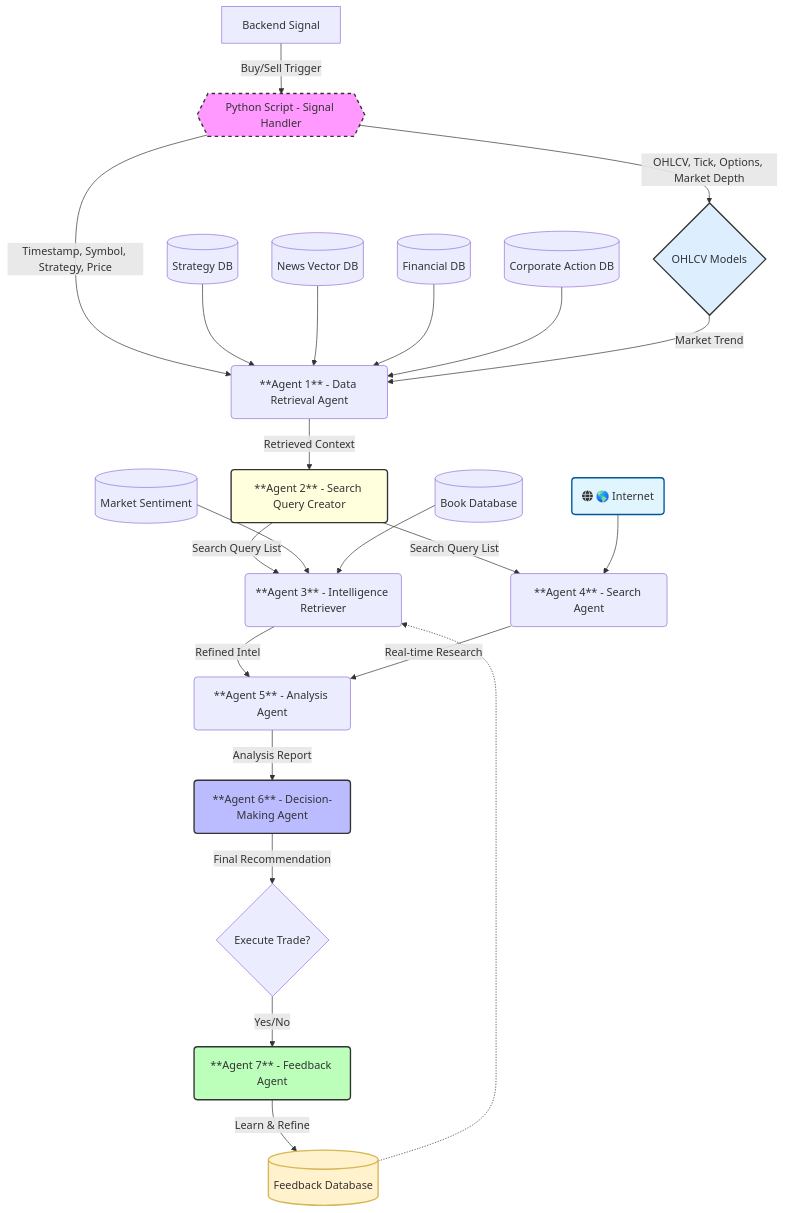
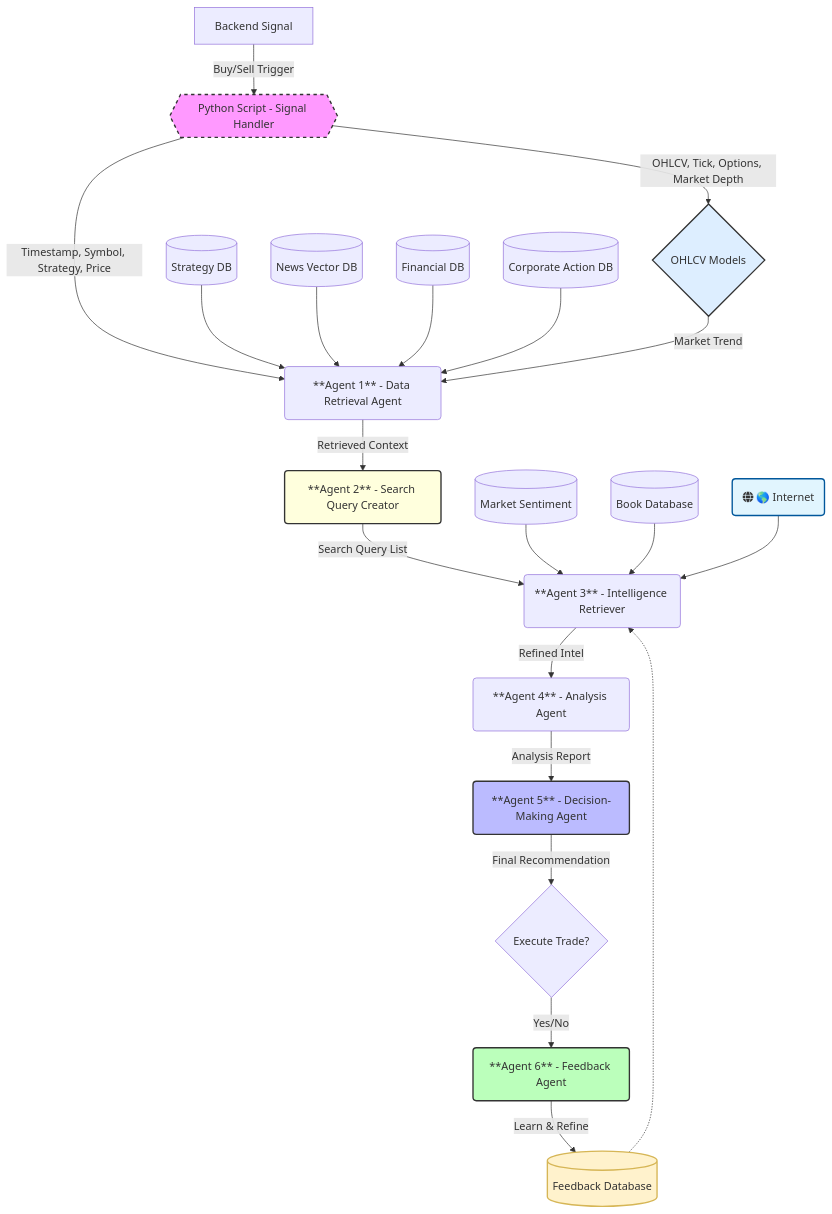
Before and after one commit to smartxalgo002-AI-ML/AI-Stretegy-builder: the diagram in signal-agent-workflow/version-2.md, drawn with Mermaid.

````diff
--- a/signal-agent-workflow/version-2.md
+++ b/signal-agent-workflow/version-2.md
@@ -1,51 +1,50 @@
 ```mermaid
 graph TD
     A[Backend Signal] -->|Buy/Sell Trigger| B{{Python Script - Signal Handler}}
     
     %% Script Feeds Model
     B -->|OHLCV, Tick, Options, Market Depth| G{OHLCV Models}
     
     %% Specific Context Transfer
     B -->|Timestamp, Symbol, Strategy, Price| C(**Agent 1** - Data Retrieval Agent)
     
     %% Agent 1 Expanded Sources
     DB1[(Strategy DB)] --> C
     DB2[(News Vector DB)] --> C
     DB3[(Financial DB)] --> C
     DB4[(Corporate Action DB)] --> C
     G -->|Market Trend| C
 
     %% Agent 2 - Search Query Creator
     C -->|Retrieved Context| D(**Agent 2** - Search Query Creator)
     
     %% Query Distribution
     D -->|Search Query List| E(**Agent 3** - Intelligence Retriever)
-    D -->|Search Query List| L(**Agent 4** - Search Agent)
+
 
     %% Agent 3 Intelligence Gathering
     M[(Market Sentiment)] --> E
     F[(Book Database)] --> E
-    E -->|Refined Intel| H(**Agent 5** - Analysis Agent)
+    E -->|Refined Intel| H(**Agent 4** - Analysis Agent)
 
     %% Agent 4 Internet Search with Icon
-    N(fa:fa-globe 🌎 Internet) --> L
-    L -->|Real-time Research| H
+    N(fa:fa-globe 🌎 Internet) --> E
 
     %% Final Decision Path
-    H -->|Analysis Report| I(**Agent 6** - Decision-Making Agent)
+    H -->|Analysis Report| I(**Agent 5** - Decision-Making Agent)
     I -->|Final Recommendation| J{Execute Trade?}
 
     %% Feedback Loop
-    J -->|Yes/No| K(**Agent 7** - Feedback Agent)
+    J -->|Yes/No| K(**Agent 6** - Feedback Agent)
     K -->|Learn & Refine| FB[(Feedback Database)]
     FB -.-> E
 
     %% Styling
     style B fill:#f9f,stroke:#333,stroke-width:2px,stroke-dasharray: 5 5
     style I fill:#bbf,stroke:#333,stroke-width:2px
     style K fill:#bfb,stroke:#333,stroke-width:2px
     style FB fill:#fff2cc,stroke:#d6b656,stroke-width:2px
     style G fill:#def,stroke:#333,stroke-width:2px
     style D fill:#ffd,stroke:#333,stroke-width:2px
     style N fill:#e1f5fe,stroke:#01579b,stroke-width:2px
 ```
````
